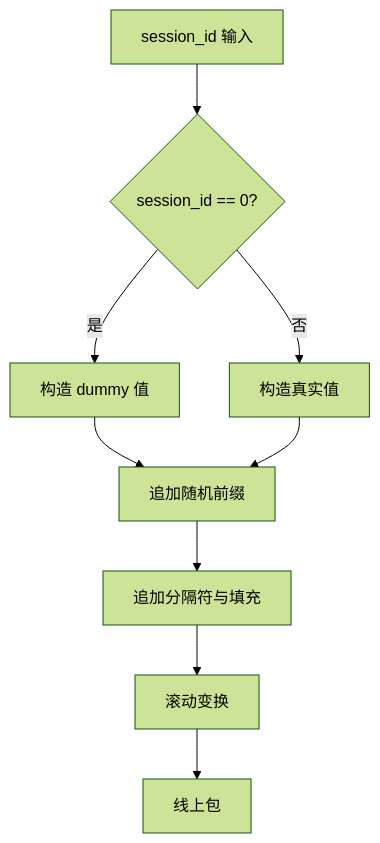
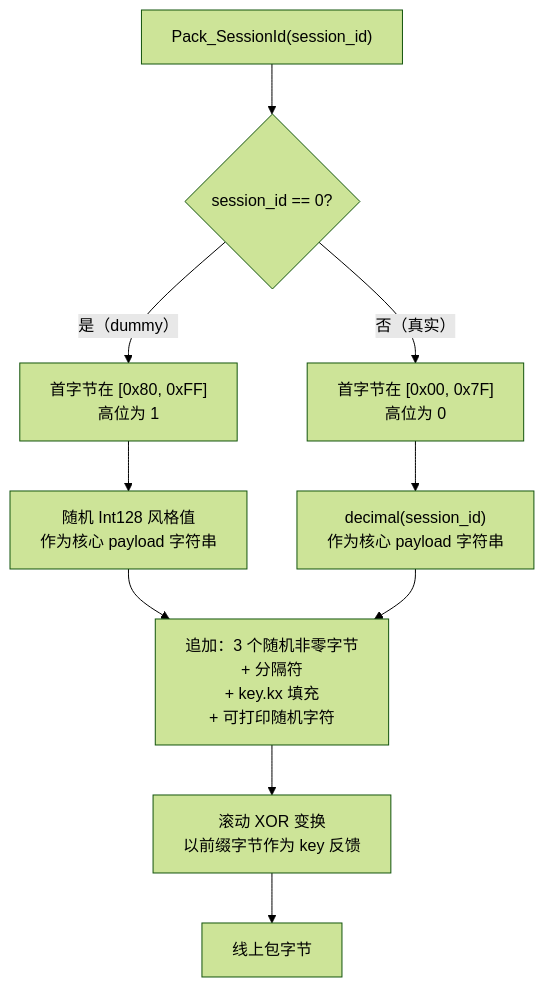
One commit to HyacinthHaru/openppp2 changed the sixth of 10 diagrams in docs/HANDSHAKE_SEQUENCE_CN.md. Above: the diagram before and after it, drawn with Mermaid (forest theme). The commit also changed other lines of this file and 93 other files, not shown here.

````diff
--- a/docs/HANDSHAKE_SEQUENCE_CN.md
+++ b/docs/HANDSHAKE_SEQUENCE_CN.md
@@ -135,11 +212,12 @@
 ```mermaid
 flowchart TD
-    A[session_id 输入] --> B{session_id == 0?}
-    B -->|是| C[构造 dummy 值]
-    B -->|否| D[构造真实值]
-    C --> E[追加随机前缀]
-    D --> E
-    E --> F[追加分隔符与填充]
-    F --> G[滚动变换]
-    G --> H[线上包]
+    A["Pack_SessionId(session_id)"] --> B{"session_id == 0?"}
+    B -->|"是（dummy）"| C["首字节在 [0x80, 0xFF]\n高位为 1"]
+    B -->|"否（真实）"| D["首字节在 [0x00, 0x7F]\n高位为 0"]
+    C --> E["随机 Int128 风格值\n作为核心 payload 字符串"]
+    D --> F["decimal(session_id)\n作为核心 payload 字符串"]
+    E --> G["追加：3 个随机非零字节\n+ 分隔符\n+ key.kx 填充\n+ 可打印随机字符"]
+    F --> G
+    G --> H["滚动 XOR 变换\n以前缀字节作为 key 反馈"]
+    H --> I["线上包字节"]
 ```
````
